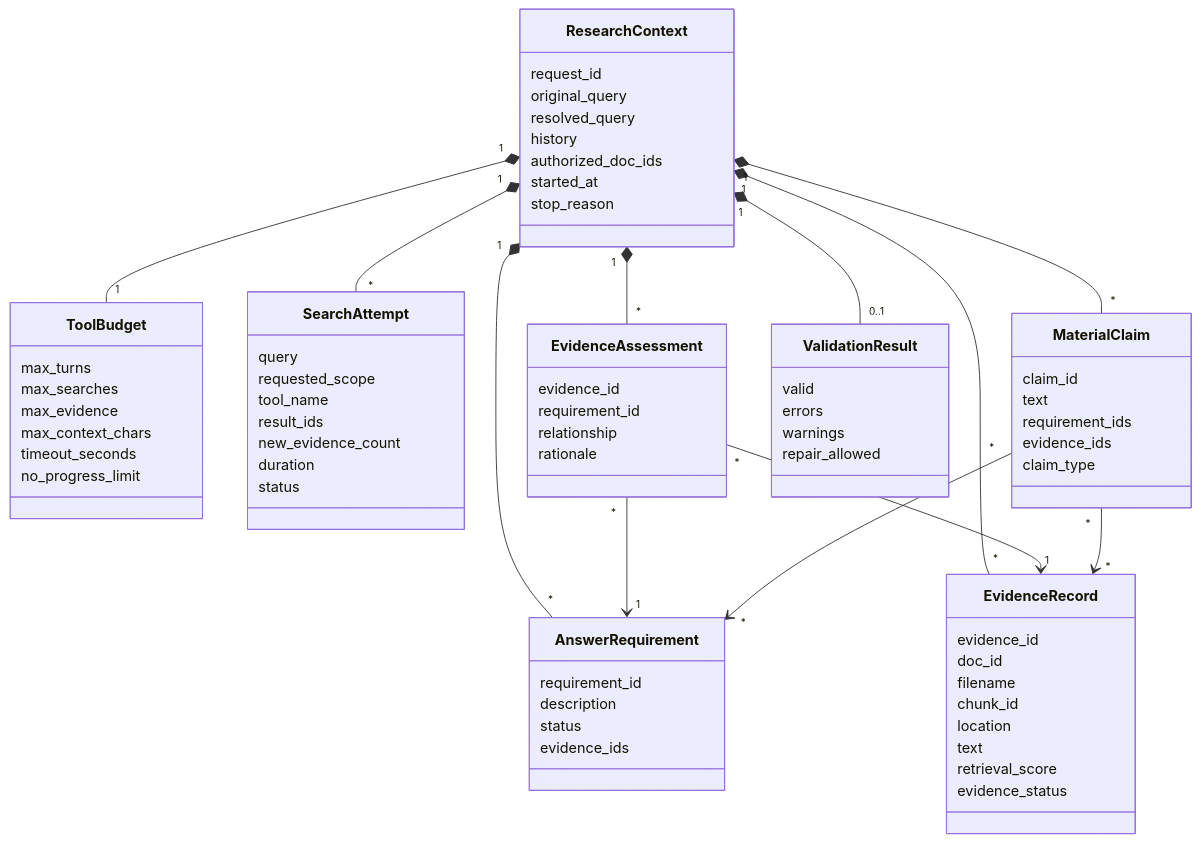
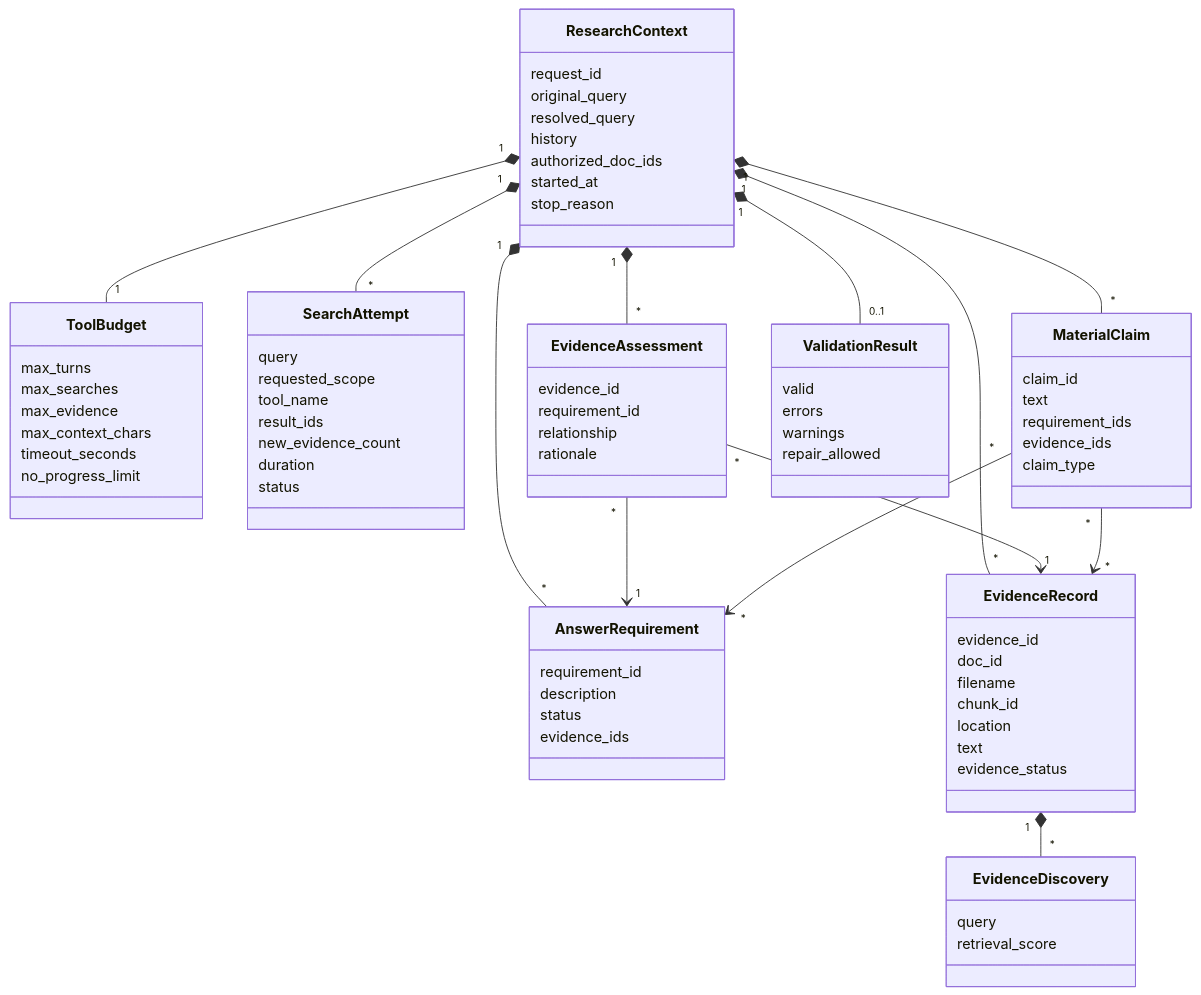
Before and after one commit to Rohan-Desai/agentic-search: the sixth of 7 diagrams in ARCHITECTURE.md, drawn with Mermaid. The commit also changed 4 other files, not shown here.

````diff
--- a/ARCHITECTURE.md
+++ b/ARCHITECTURE.md
@@ -249,8 +249,12 @@
         chunk_id
         location
         text
+        evidence_status
+    }
+
+    class EvidenceDiscovery {
+        query
         retrieval_score
-        evidence_status
     }
 
     class EvidenceAssessment {
@@ -284,6 +288,7 @@
     ResearchContext "1" *-- "0..1" ValidationResult
     EvidenceAssessment "*" --> "1" AnswerRequirement
     EvidenceAssessment "*" --> "1" EvidenceRecord
+    EvidenceRecord "1" *-- "*" EvidenceDiscovery
     MaterialClaim "*" --> "*" EvidenceRecord
     MaterialClaim "*" --> "*" AnswerRequirement
 ```
````
